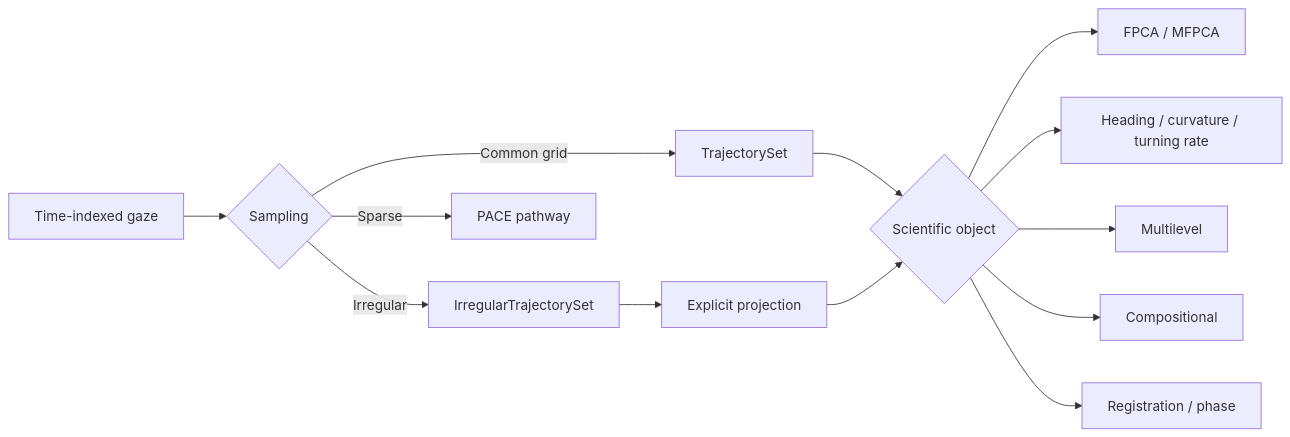
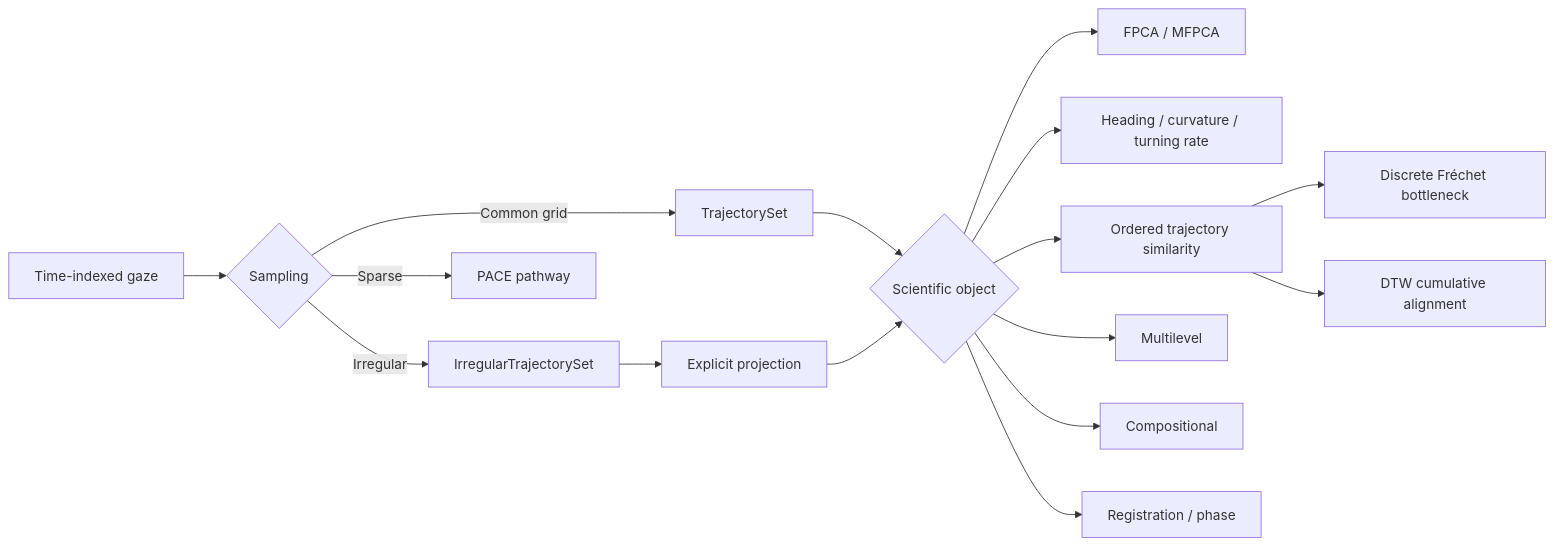
One commit to stefanosbalaskas/eyetrajectoriespy changed the first of 5 diagrams in WORKFLOW_ATLAS.md. Above: the diagram before and after it, drawn with Mermaid. The commit also changed other lines of this file and 34 other files, not shown here.

````diff
--- a/WORKFLOW_ATLAS.md
+++ b/WORKFLOW_ATLAS.md
@@ -7,15 +7,18 @@
 ```mermaid
 flowchart LR
     A[Time-indexed gaze] --> B{Sampling}
     B -->|Common grid| C[TrajectorySet]
     B -->|Irregular| D[IrregularTrajectorySet]
     B -->|Sparse| E[PACE pathway]
     C --> F{Scientific object}
     D --> G[Explicit projection]
     G --> F
     F --> H[FPCA / MFPCA]
     F --> L[Heading / curvature / turning rate]
+    F --> M[Ordered trajectory similarity]
+    M --> N[Discrete Fréchet bottleneck]
+    M --> O[DTW cumulative alignment]
     F --> I[Multilevel]
     F --> J[Compositional]
     F --> K[Registration / phase]
 ```
````
